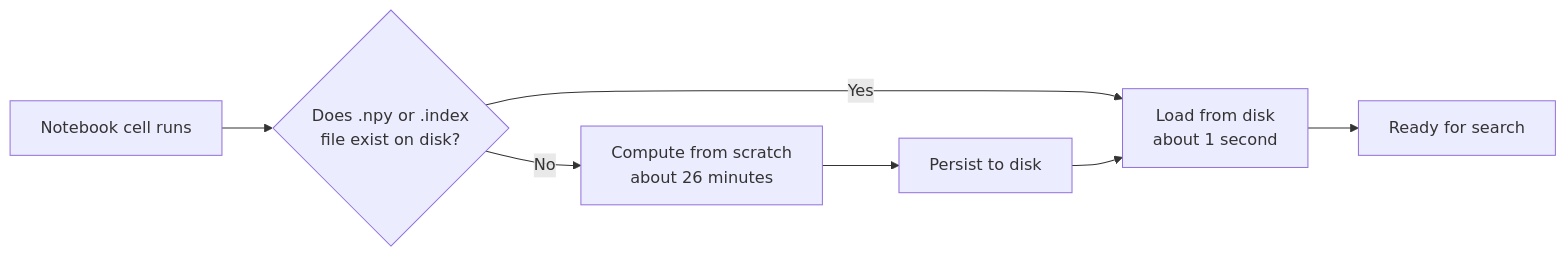
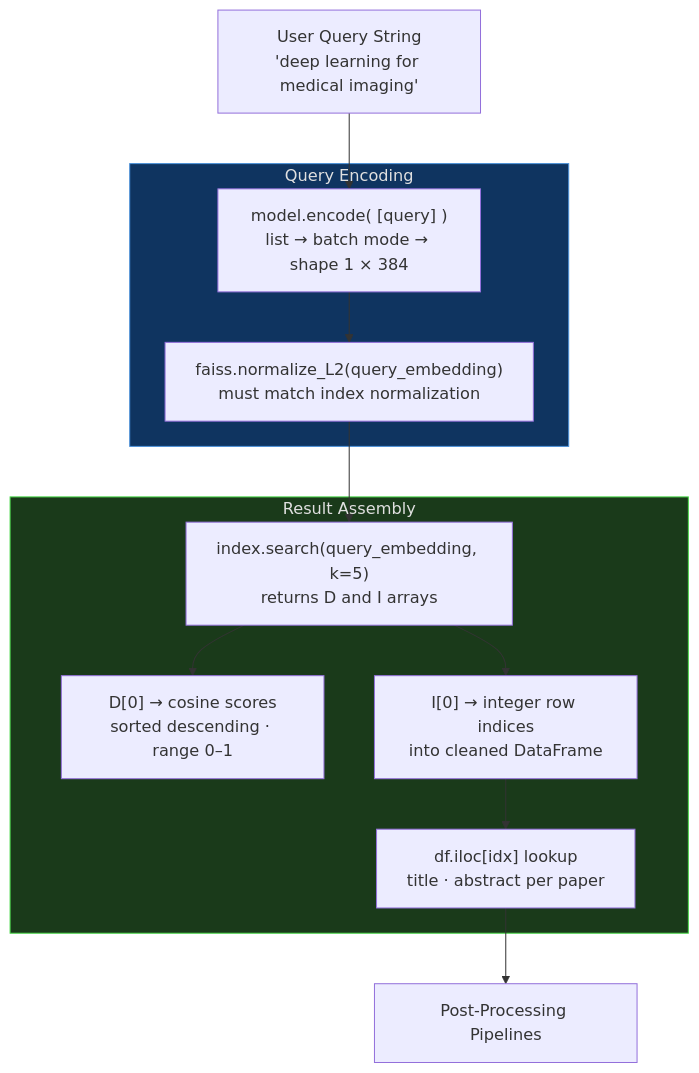
Before and after one commit to aayushdalal/Fanite: the sixth of 9 diagrams in README.md, drawn with Mermaid. The commit also changed other lines of this file, not shown here.

````diff
--- a/README.md
+++ b/README.md
@@ -423,9 +256,22 @@
 ```mermaid
-flowchart LR
-    A["Notebook cell runs"] --> B{"Does .npy or .index<br/>file exist on disk?"}
-    B -->|"Yes"| C["Load from disk<br/>about 1 second"]
-    B -->|"No"| D["Compute from scratch<br/>about 26 minutes"]
-    D --> E["Persist to disk"]
-    E --> C
-    C --> F["Ready for search"]
+flowchart TD
+    A["User Query String<br/>'deep learning for medical imaging'"] --> B
+
+    subgraph ENCODE ["Query Encoding"]
+        B["model.encode( [query] )<br/>list → batch mode → shape 1 × 384"]
+        B --> C["faiss.normalize_L2(query_embedding)<br/>must match index normalization"]
+    end
+
+    C --> D["index.search(query_embedding, k=5)<br/>returns D and I arrays"]
+
+    subgraph RESULTS ["Result Assembly"]
+        D --> E["D[0] → cosine scores<br/>sorted descending · range 0–1"]
+        D --> F["I[0] → integer row indices<br/>into cleaned DataFrame"]
+        F --> G["df.iloc[idx] lookup<br/>title · abstract per paper"]
+    end
+
+    G --> H[Post-Processing Pipelines]
+
+    style ENCODE fill:#0f3460,stroke:#4a90d9,color:#e0e0e0
+    style RESULTS fill:#1a3a1a,stroke:#4ad94a,color:#e0e0e0
 ```
````
